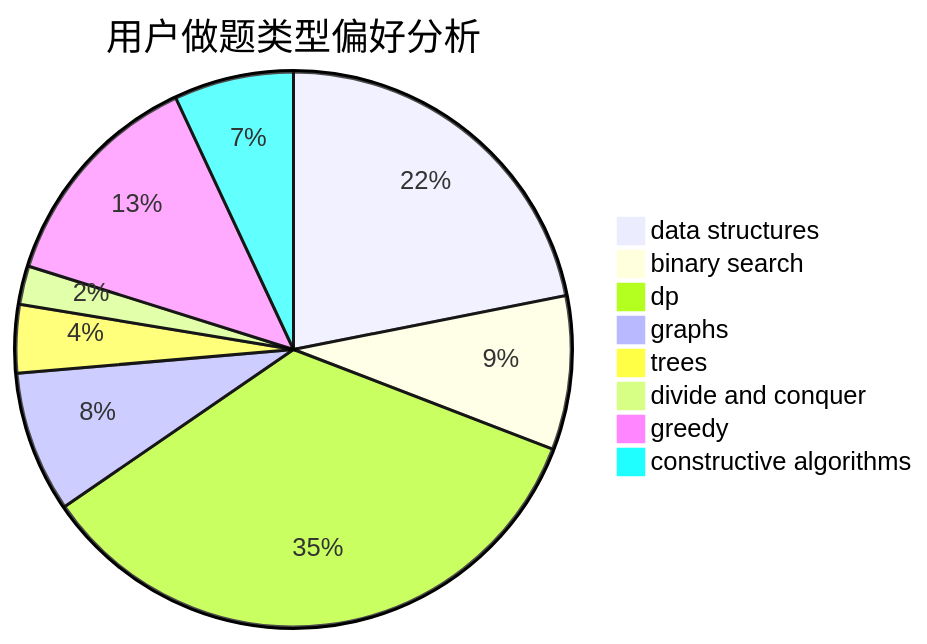
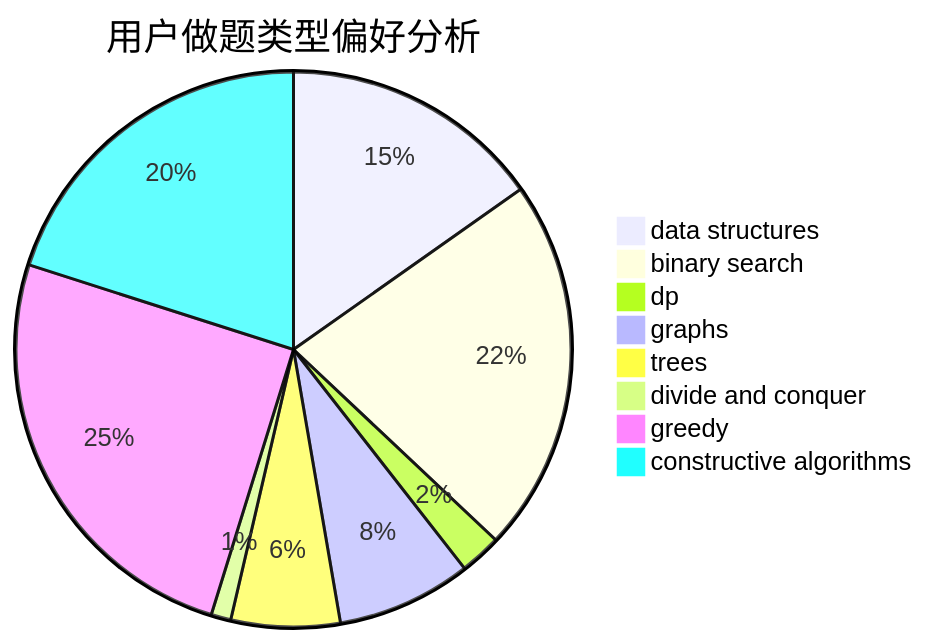
The second of 3 diagrams in docs/user/u1308.md (sherpahu/cfrs.github.io), drawn with Mermaid before and after one commit. The commit also changed other lines of this file and 2770 other files, not shown here.

````diff
--- a/docs/user/u1308.md
+++ b/docs/user/u1308.md
@@ -23,11 +23,11 @@
 ```mermaid
 pie title 用户做题类型偏好分析
-    "data structures" :  88
-    "binary search" :  36
-    "dp" :  139
-    "graphs" :  33
-    "trees" :  16
-    "divide and conquer" :  9
-    "greedy" :  53
-    "constructive algorithms" :  28
+    "data structures" :  132
+    "binary search" :  189
+    "dp" :  21
+    "graphs" :  68
+    "trees" :  55
+    "divide and conquer" :  10
+    "greedy" :  218
+    "constructive algorithms" :  174
 ```
````
